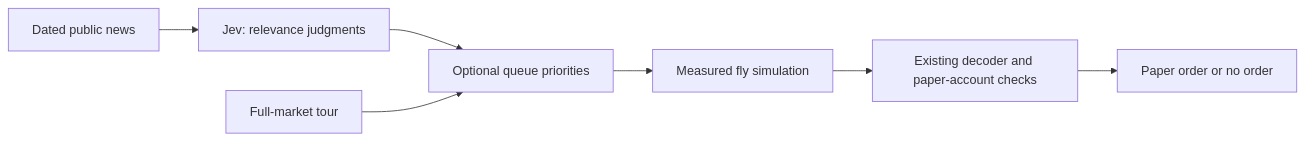
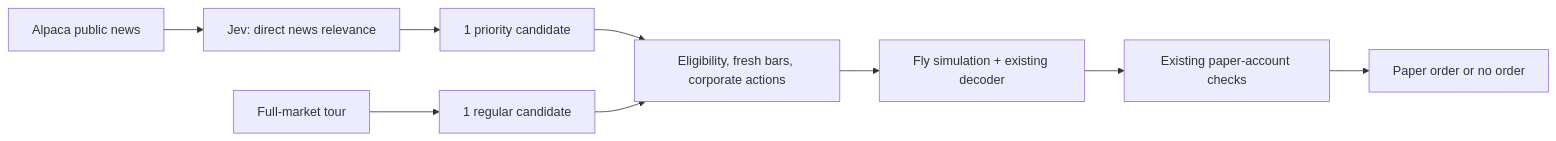
The diagram in docs/TYPESAFE.md (DocMorphic/tradefly), drawn with Mermaid before and after one commit. The commit also changed other lines of this file and 11 other files, not shown here.

Commit message:
Add optional Jev news priorities while preserving fly decisions

````diff
--- a/docs/TYPESAFE.md
+++ b/docs/TYPESAFE.md
@@ -25,9 +7,11 @@
 ```mermaid
 flowchart LR
-  News["Dated public news"] --> Jev["Jev: relevance judgments"]
-  Jev --> Queue["Optional queue priorities"]
-  Tour["Full-market tour"] --> Queue
-  Queue --> Fly["Measured fly simulation"]
-  Fly --> Gate["Existing decoder and paper-account checks"]
-  Gate --> Order["Paper order or no order"]
+  News["Alpaca public news"] --> Jev["Jev: direct news relevance"]
+  Jev --> Queue["1 priority candidate"]
+  Tour["Full-market tour"] --> Regular["1 regular candidate"]
+  Queue --> Checks["Eligibility, fresh bars, corporate actions"]
+  Regular --> Checks
+  Checks --> Fly["Fly simulation + existing decoder"]
+  Fly --> Guard["Existing paper-account checks"]
+  Guard --> Order["Paper order or no order"]
 ```
````
